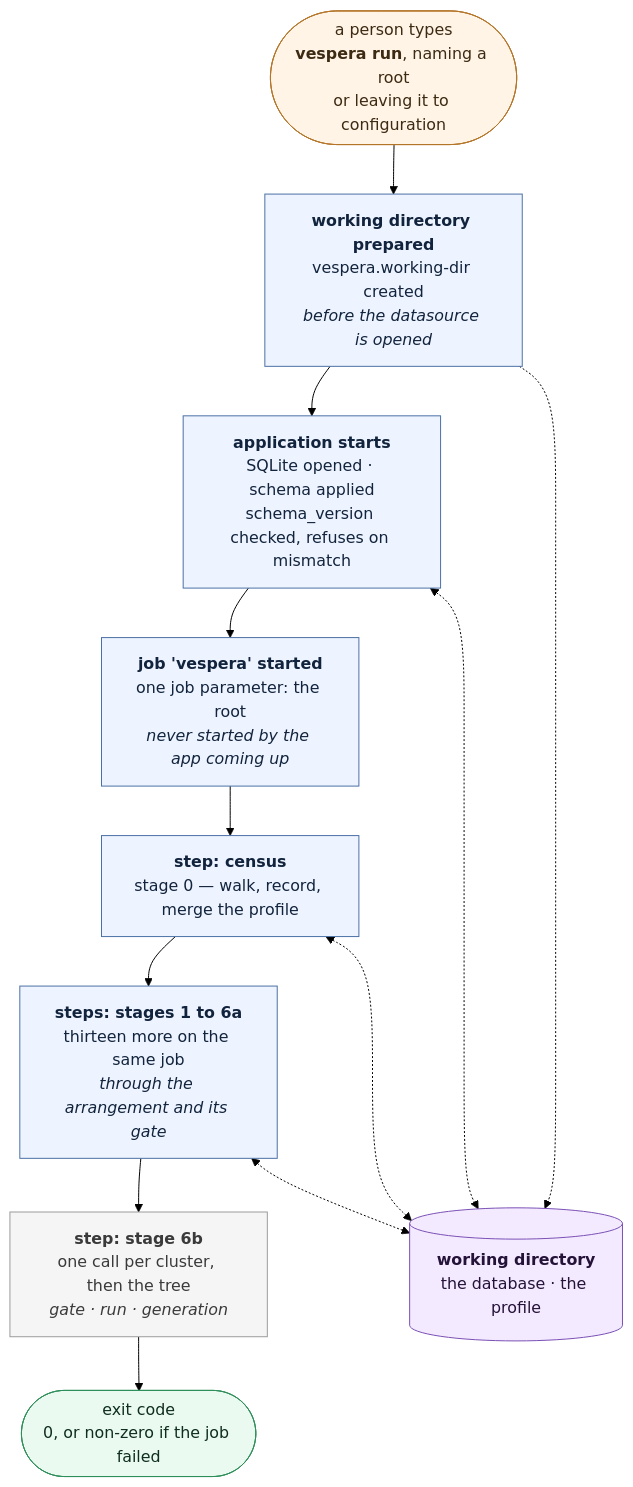
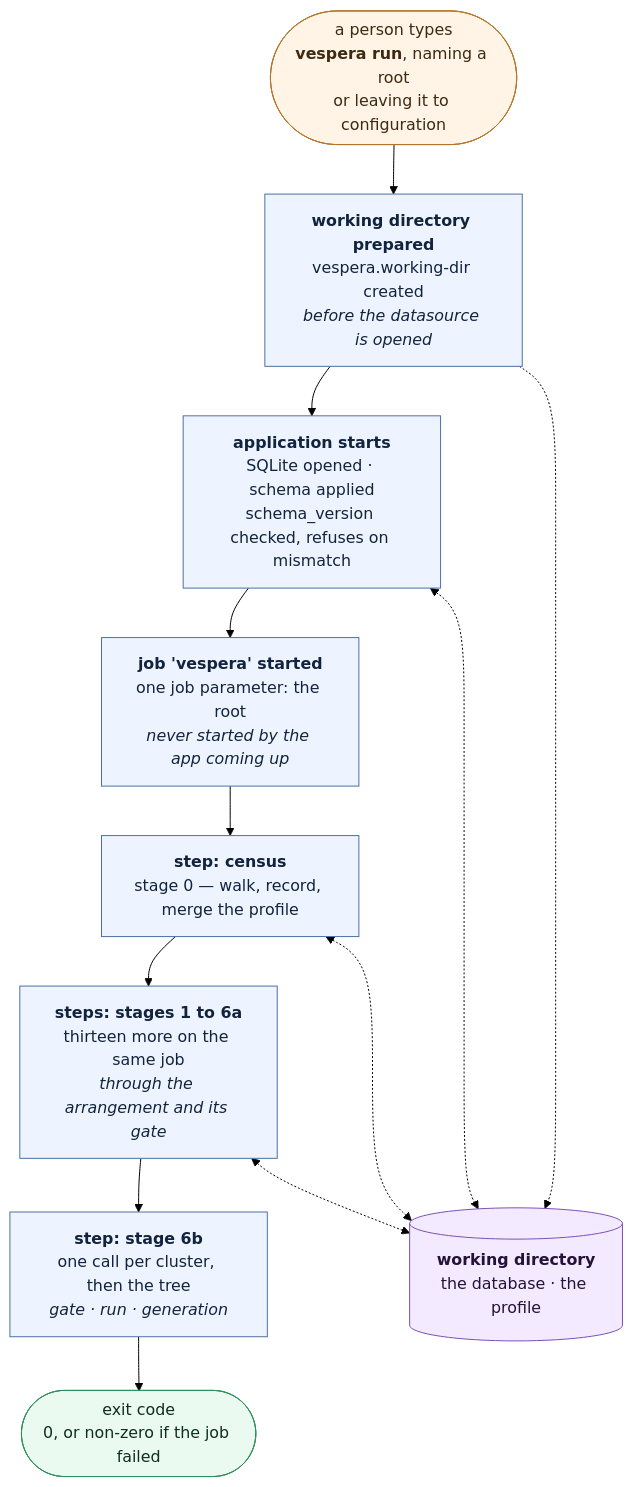
One commit to algernon28/vespera changed the fifth of 6 diagrams in docs/architecture.md. Above: the diagram before and after it, drawn with Mermaid (forest theme). The commit also changed other lines of this file and 3 other files, not shown here.

First line of the commit message:
Answer the architect's gate on the corrected documents (#188)

````diff
--- a/docs/architecture.md
+++ b/docs/architecture.md
@@ -243,32 +243,30 @@
 ```mermaid
 flowchart TD
     OP(["a person types<br/><b>vespera run</b>, naming a root<br/>or leaving it to configuration"])
     PREP["<b>working directory prepared</b><br/>vespera.working-dir created<br/><i>before the datasource is opened</i>"]
     BOOT["<b>application starts</b><br/>SQLite opened · schema applied<br/>schema_version checked, refuses on mismatch"]
     JOB["<b>job 'vespera' started</b><br/>one job parameter: the root<br/><i>never started by the app coming up</i>"]
     S0["<b>step: census</b><br/>stage 0 — walk, record, merge the profile"]
     LATER["<b>steps: stages 1 to 6a</b><br/>thirteen more on the same job<br/><i>through the arrangement and its gate</i>"]
     S6BSTEP["<b>step: stage 6b</b><br/>one call per cluster, then the tree<br/><i>gate · run · generation</i>"]
     EXIT(["exit code<br/>0, or non-zero if the job failed"])
 
 
     STORE[("<b>working directory</b><br/>the database · the profile")]
 
     OP --> PREP --> BOOT --> JOB --> S0 --> LATER --> S6BSTEP --> EXIT
 
     PREP -.-> STORE
     BOOT <-.-> STORE
     S0 <-.-> STORE
     LATER <-.-> STORE
 
     classDef human fill:#fff4e6,stroke:#b5762a,color:#3d2a12
     classDef step fill:#eef4ff,stroke:#4a6fa5,color:#12243d
-    classDef later fill:#f5f5f5,stroke:#9a9a9a,color:#3a3a3a
     classDef store fill:#f3eaff,stroke:#7a4fb5,color:#241238
     classDef out fill:#eafaf1,stroke:#2f8f5b,color:#0f2e1e
     class OP human
-    class PREP,BOOT,JOB,S0,LATER step
-    class S6BSTEP later
+    class PREP,BOOT,JOB,S0,LATER,S6BSTEP step
     class STORE store
     class EXIT out
 ```
````
